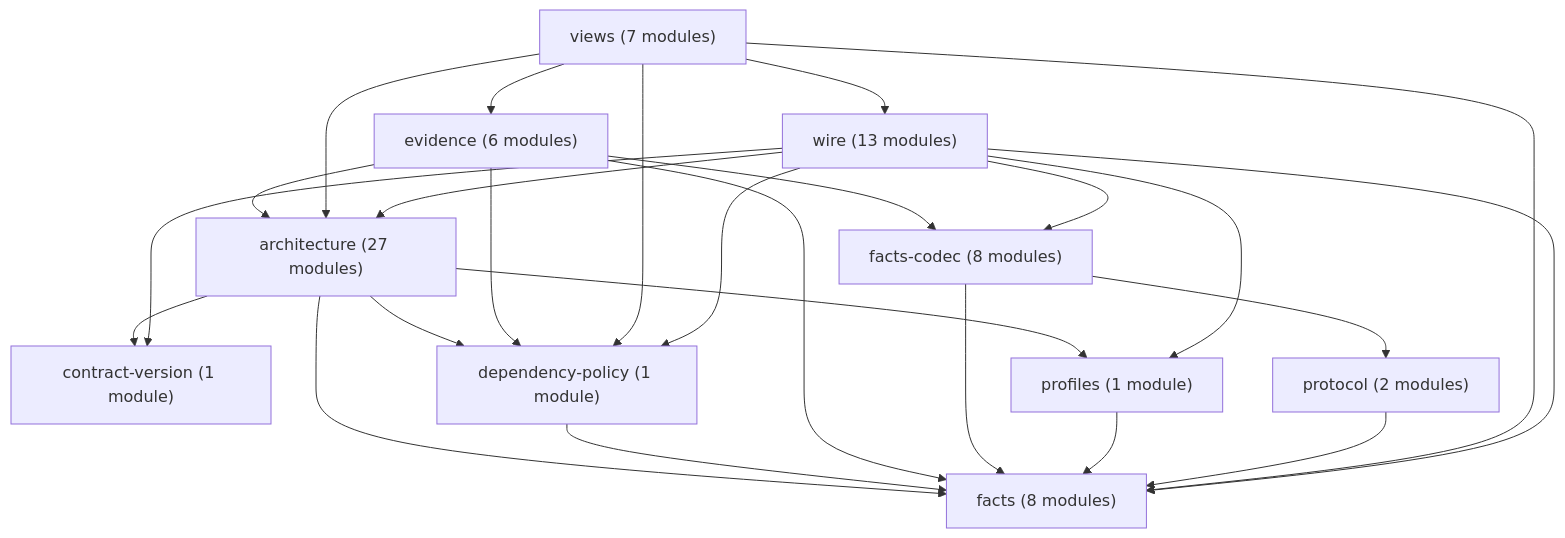
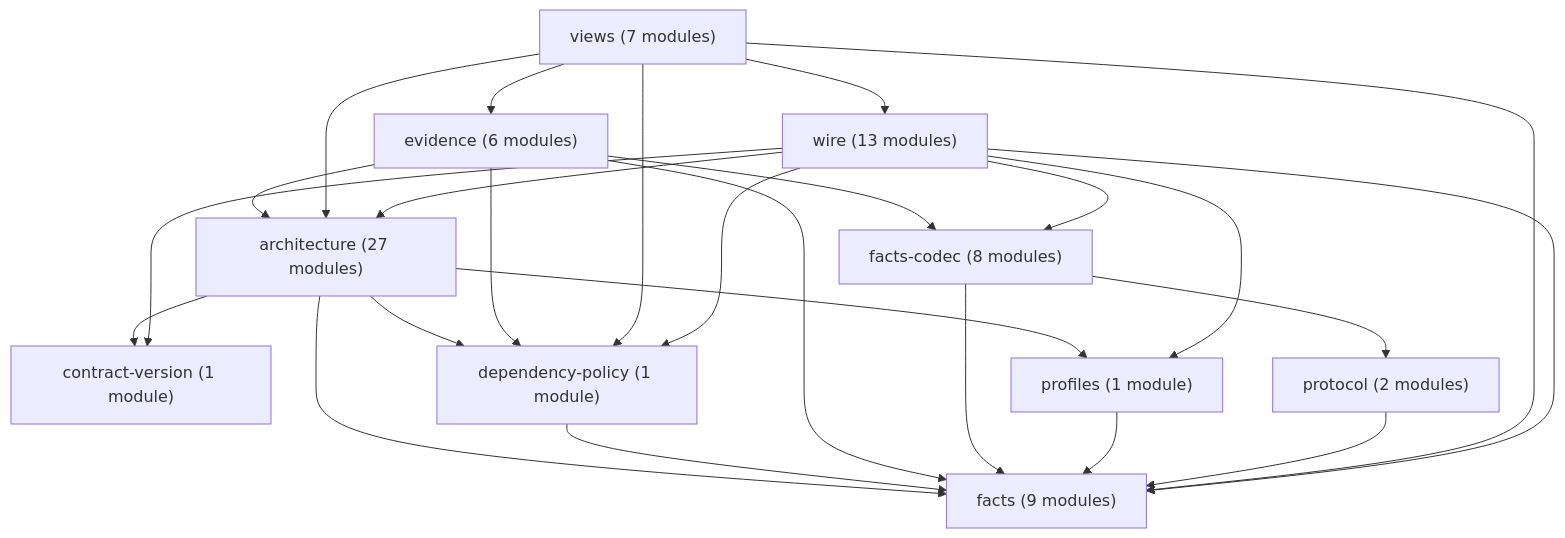
Before and after one commit to rapiddweller/archkeel: the diagram in docs/architecture/ir-owners.md, drawn with Mermaid. The commit also changed other lines of this file and 101 other files, not shown here.

````diff
--- a/docs/architecture/ir-owners.md
+++ b/docs/architecture/ir-owners.md
@@ -35,37 +35,37 @@
 ```mermaid
 graph TD
     n_0["architecture (27 modules)"]
     n_1["contract-version (1 module)"]
     n_2["dependency-policy (1 module)"]
     n_3["evidence (6 modules)"]
-    n_4["facts (8 modules)"]
+    n_4["facts (9 modules)"]
     n_5["facts-codec (8 modules)"]
     n_6["profiles (1 module)"]
     n_7["protocol (2 modules)"]
     n_8["views (7 modules)"]
     n_9["wire (13 modules)"]
     n_0 --> n_1
     n_0 --> n_2
     n_0 --> n_4
     n_0 --> n_6
     n_2 --> n_4
     n_3 --> n_0
     n_3 --> n_2
     n_3 --> n_4
     n_3 --> n_5
     n_5 --> n_4
     n_5 --> n_7
     n_6 --> n_4
     n_7 --> n_4
     n_8 --> n_0
     n_8 --> n_2
     n_8 --> n_3
     n_8 --> n_4
     n_8 --> n_9
     n_9 --> n_0
     n_9 --> n_1
     n_9 --> n_2
     n_9 --> n_4
     n_9 --> n_5
     n_9 --> n_6
 ```
````
